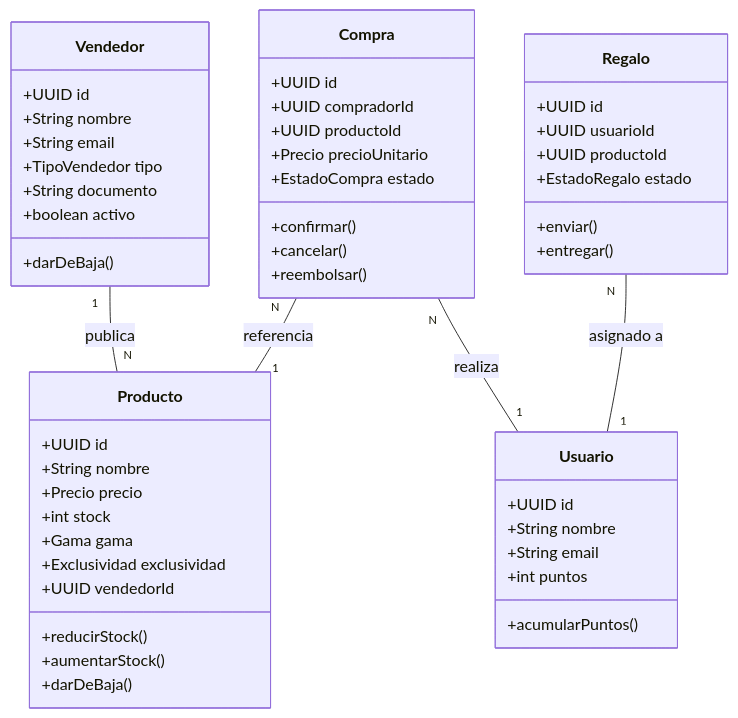
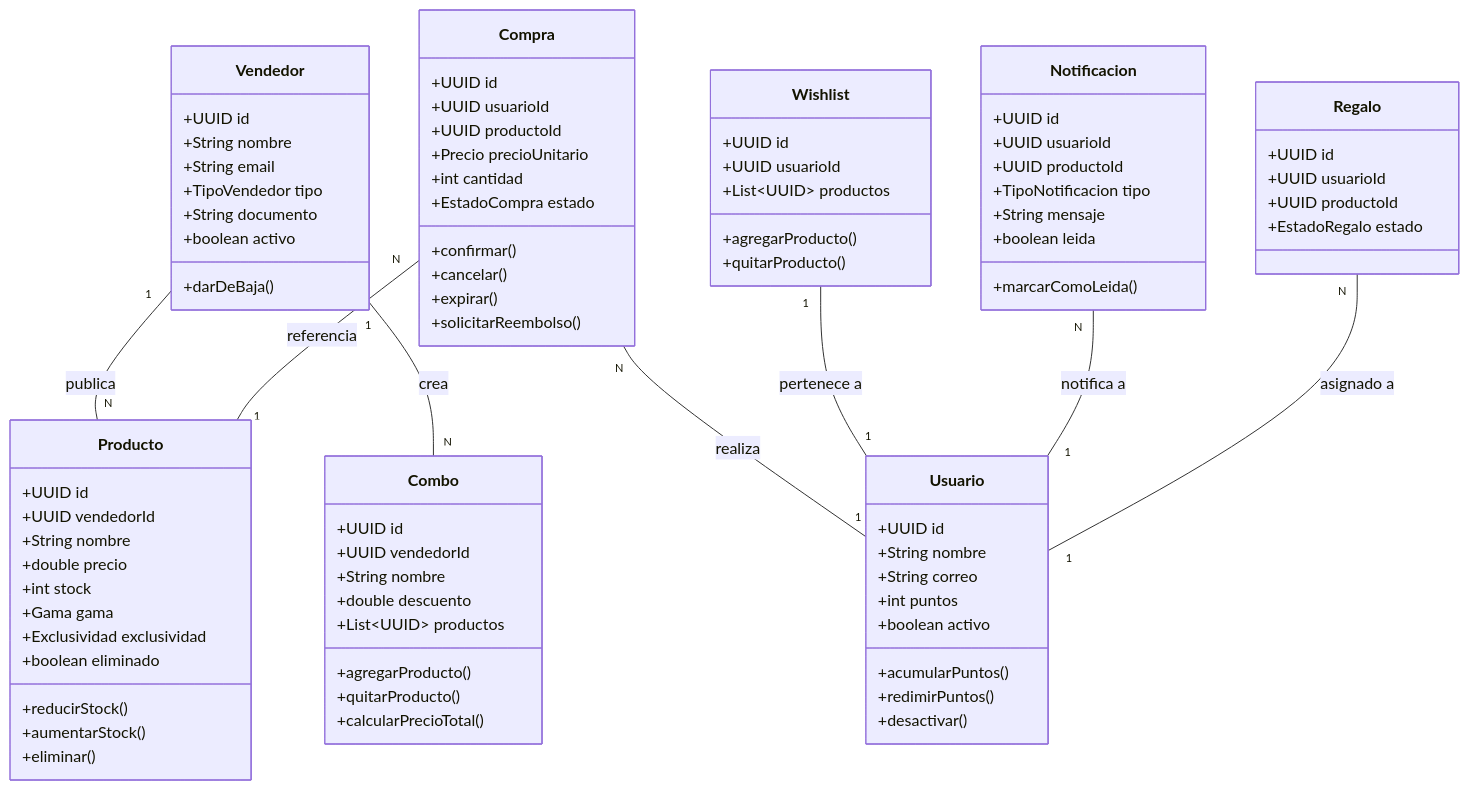
Before and after one commit to ShanT237/EcommerceProductosGamer: the diagram in README.md, drawn with Mermaid. The commit also changed other lines of this file, not shown here.

````diff
--- a/README.md
+++ b/README.md
@@ -162,15 +160,16 @@
 classDiagram
     class Producto {
         +UUID id
+        +UUID vendedorId
         +String nombre
-        +Precio precio
+        +double precio
         +int stock
         +Gama gama
         +Exclusividad exclusividad
-        +UUID vendedorId
+        +boolean eliminado
         +reducirStock()
         +aumentarStock()
-        +darDeBaja()
+        +eliminar()
     }
 
     class Vendedor {
@@ -185,13 +184,15 @@
 
     class Compra {
         +UUID id
-        +UUID compradorId
+        +UUID usuarioId
         +UUID productoId
         +Precio precioUnitario
+        +int cantidad
         +EstadoCompra estado
         +confirmar()
         +cancelar()
-        +reembolsar()
+        +expirar()
+        +solicitarReembolso()
     }
 
     class Regalo {
@@ -199,20 +200,53 @@
         +UUID usuarioId
         +UUID productoId
         +EstadoRegalo estado
-        +enviar()
-        +entregar()
     }
 
     class Usuario {
         +UUID id
         +String nombre
-        +String email
+        +String correo
         +int puntos
+        +boolean activo
         +acumularPuntos()
+        +redimirPuntos()
+        +desactivar()
+    }
+
+    class Notificacion {
+        +UUID id
+        +UUID usuarioId
+        +UUID productoId
+        +TipoNotificacion tipo
+        +String mensaje
+        +boolean leida
+        +marcarComoLeida()
+    }
+
+    class Wishlist {
+        +UUID id
+        +UUID usuarioId
+        +List~UUID~ productos
+        +agregarProducto()
+        +quitarProducto()
+    }
+
+    class Combo {
+        +UUID id
+        +UUID vendedorId
+        +String nombre
+        +double descuento
+        +List~UUID~ productos
+        +agregarProducto()
+        +quitarProducto()
+        +calcularPrecioTotal()
     }
 
     Vendedor "1" -- "N" Producto : publica
+    Vendedor "1" -- "N" Combo : crea
     Compra "N" -- "1" Producto : referencia
     Compra "N" -- "1" Usuario : realiza
+    Wishlist "1" -- "1" Usuario : pertenece a
+    Notificacion "N" -- "1" Usuario : notifica a
     Regalo "N" -- "1" Usuario : asignado a
 ```
````
